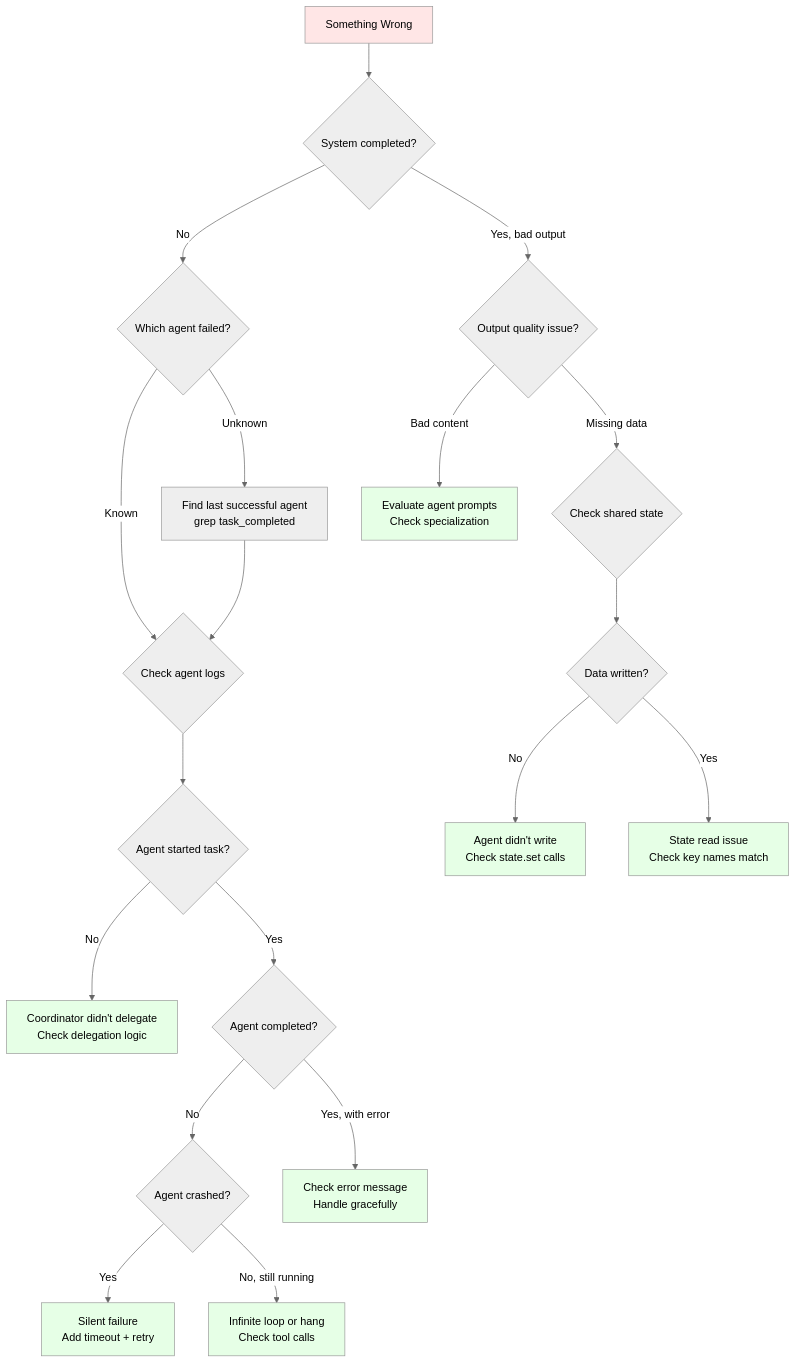
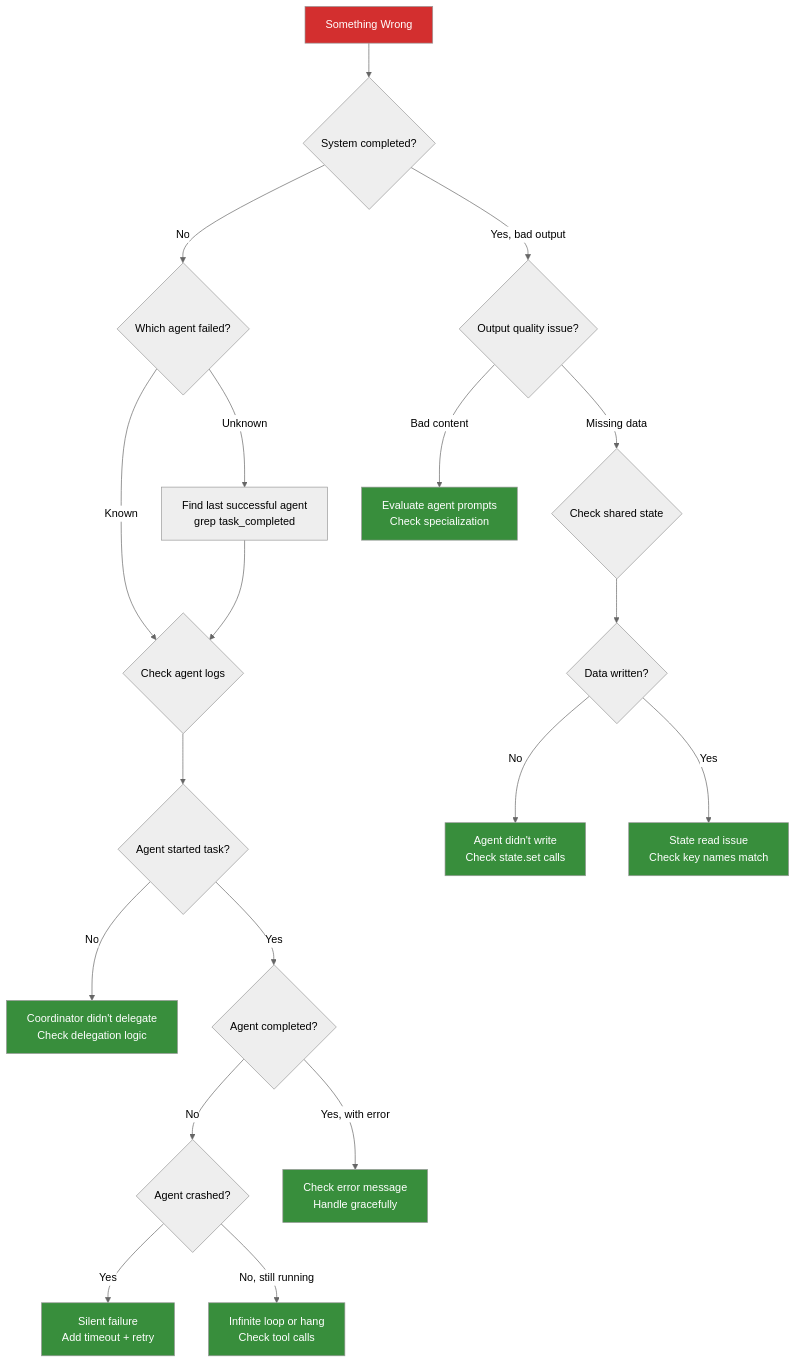
The second of 2 diagrams in lesson-2-multi-agent/tutorial-2/guides/debugging-multi-agent.md (EideticPleroma/tutorials), drawn with Mermaid (neutral theme) before and after one commit. The commit also changed other lines of this file and 19 other files, not shown here.

````diff
--- a/lesson-2-multi-agent/tutorial-2/guides/debugging-multi-agent.md
+++ b/lesson-2-multi-agent/tutorial-2/guides/debugging-multi-agent.md
@@ -413,37 +413,37 @@
 ```mermaid
 flowchart TD
     Start[Something Wrong] --> Q1{System completed?}
     
     Q1 -->|No| Q2{Which agent failed?}
     Q1 -->|Yes, bad output| Q7{Output quality issue?}
     
     Q2 -->|Known| Q3{Check agent logs}
     Q2 -->|Unknown| FindAgent[Find last successful agent<br/>grep task_completed]
     FindAgent --> Q3
     
     Q3 --> Q4{Agent started task?}
     Q4 -->|No| Fix1[Coordinator didn't delegate<br/>Check delegation logic]
     Q4 -->|Yes| Q5{Agent completed?}
     
     Q5 -->|No| Q6{Agent crashed?}
     Q5 -->|Yes, with error| Fix2[Check error message<br/>Handle gracefully]
     
     Q6 -->|Yes| Fix3[Silent failure<br/>Add timeout + retry]
     Q6 -->|No, still running| Fix4[Infinite loop or hang<br/>Check tool calls]
     
     Q7 -->|Bad content| Fix5[Evaluate agent prompts<br/>Check specialization]
     Q7 -->|Missing data| Q8{Check shared state}
     
     Q8 --> Q9{Data written?}
     Q9 -->|No| Fix6[Agent didn't write<br/>Check state.set calls]
     Q9 -->|Yes| Fix7[State read issue<br/>Check key names match]
     
-    style Start fill:#FFE6E6
-    style Fix1 fill:#E6FFE6
-    style Fix2 fill:#E6FFE6
-    style Fix3 fill:#E6FFE6
-    style Fix4 fill:#E6FFE6
-    style Fix5 fill:#E6FFE6
-    style Fix6 fill:#E6FFE6
-    style Fix7 fill:#E6FFE6
+    style Start fill:#D32F2F,color:#FFFFFF
+    style Fix1 fill:#388E3C,color:#FFFFFF
+    style Fix2 fill:#388E3C,color:#FFFFFF
+    style Fix3 fill:#388E3C,color:#FFFFFF
+    style Fix4 fill:#388E3C,color:#FFFFFF
+    style Fix5 fill:#388E3C,color:#FFFFFF
+    style Fix6 fill:#388E3C,color:#FFFFFF
+    style Fix7 fill:#388E3C,color:#FFFFFF
 ```
````
